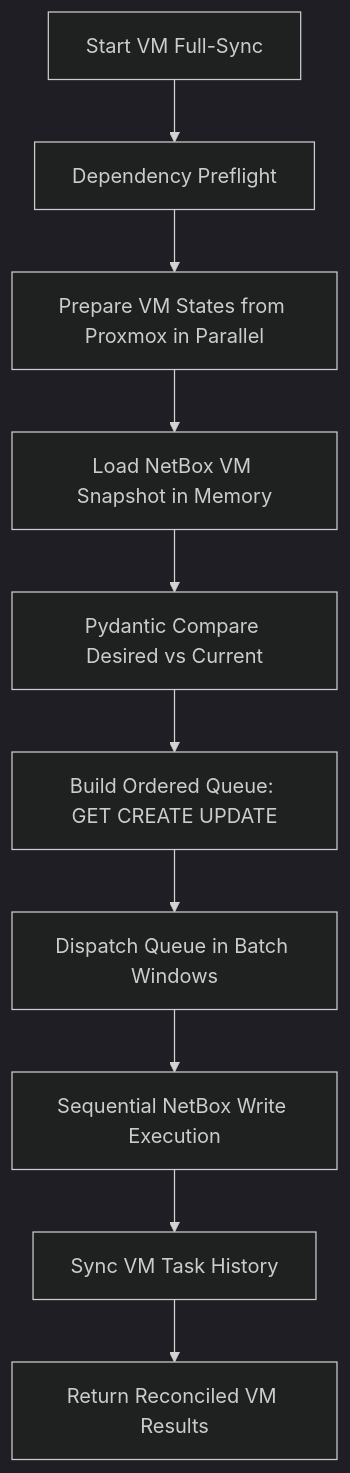
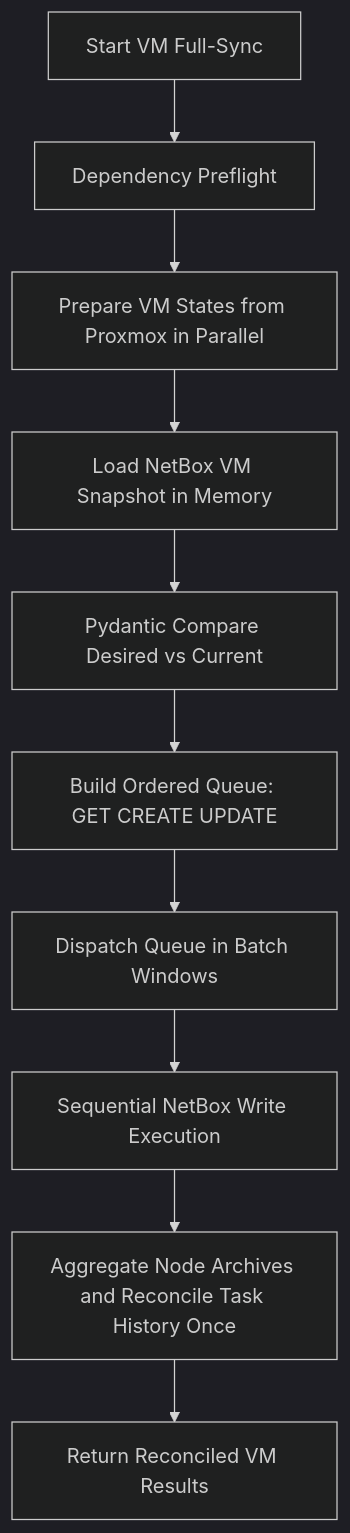
Before and after one commit to emersonfelipesp/proxbox-api: the first of 2 diagrams in docs/sync/reconciliation-architecture.md, drawn with Mermaid (dark theme). The commit also changed other lines of this file and 52 other files, not shown here.

Commit message:
fix(sync): bound task history synchronization

````diff
--- a/docs/sync/reconciliation-architecture.md
+++ b/docs/sync/reconciliation-architecture.md
@@ -129,12 +151,12 @@
 ```mermaid
 flowchart TD
     A[Start VM Full-Sync] --> B[Dependency Preflight]
     B --> C[Prepare VM States from Proxmox in Parallel]
     C --> D[Load NetBox VM Snapshot in Memory]
     D --> E[Pydantic Compare Desired vs Current]
     E --> F[Build Ordered Queue: GET CREATE UPDATE]
     F --> G[Dispatch Queue in Batch Windows]
     G --> H[Sequential NetBox Write Execution]
-    H --> I[Sync VM Task History]
+    H --> I[Aggregate Node Archives and Reconcile Task History Once]
     I --> J[Return Reconciled VM Results]
 ```
````
